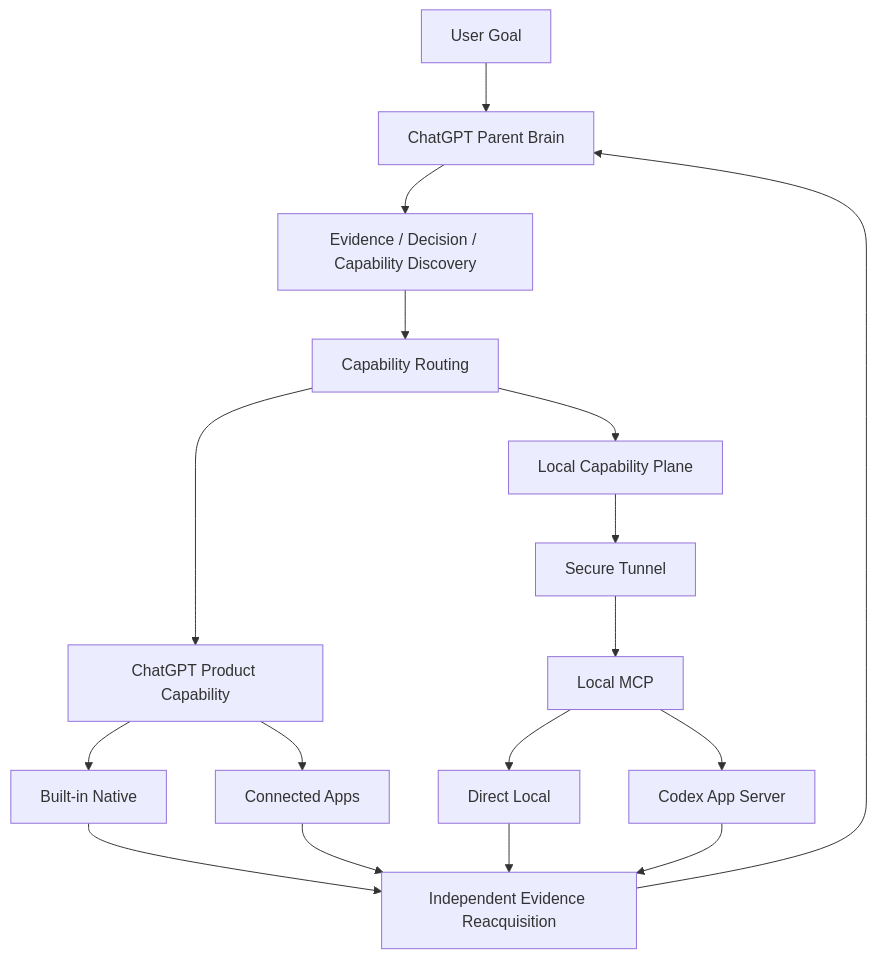
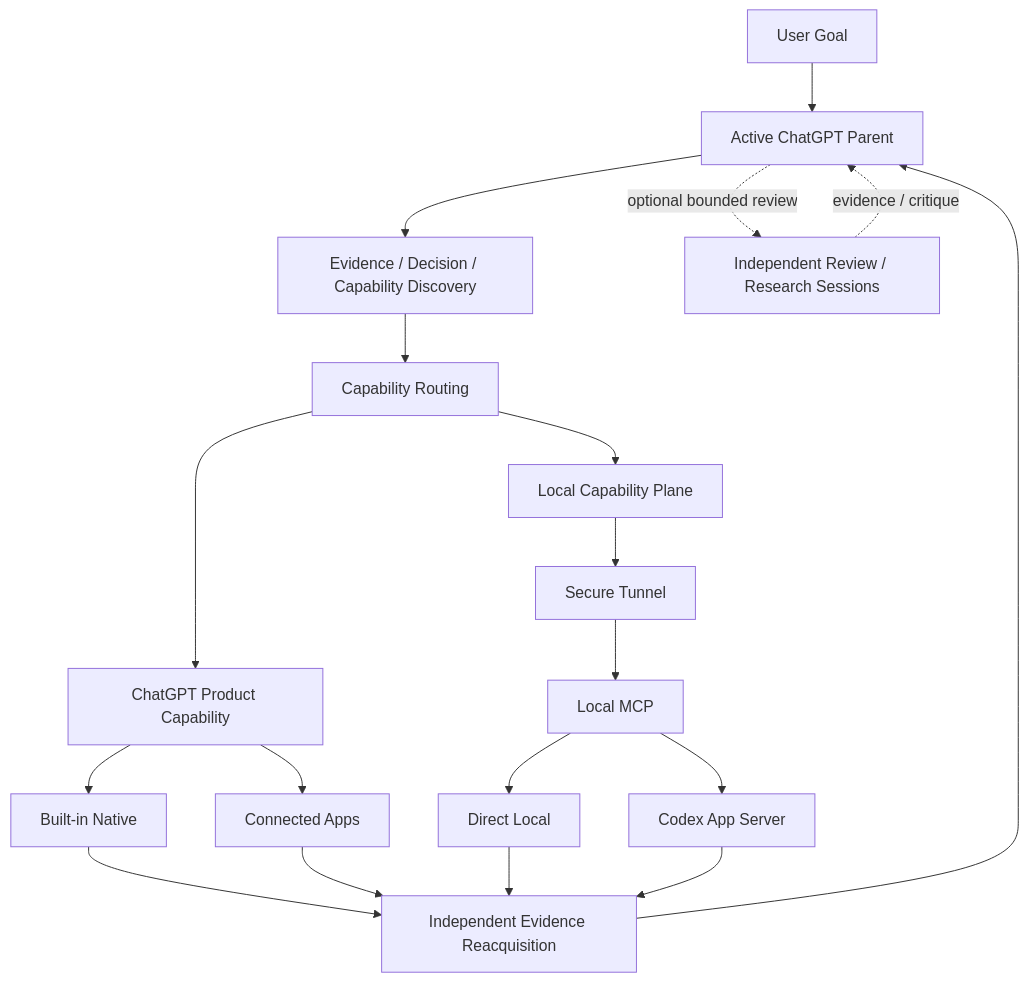
One commit to SIMON-WORLD/chatgpt-codex-orchestrator changed the diagram in docs/architecture.md. Above: the diagram before and after it, drawn with Mermaid. The commit also changed other lines of this file, not shown here.

Commit message:
docs: align architecture with active Parent authority

````diff
--- a/docs/architecture.md
+++ b/docs/architecture.md
@@ -39,22 +57,25 @@
 ```mermaid
 flowchart TD
-    U[User Goal] --> B[ChatGPT Parent Brain]
+    U[User Goal] --> B[Active ChatGPT Parent]
     B --> E[Evidence / Decision / Capability Discovery]
     E --> R[Capability Routing]
+
+    B -. optional bounded review .-> Q[Independent Review / Research Sessions]
+    Q -. evidence / critique .-> B
 
     R --> P[ChatGPT Product Capability]
     P --> N[Built-in Native]
     P --> A[Connected Apps]
 
     R --> L[Local Capability Plane]
     L --> T[Secure Tunnel]
     T --> M[Local MCP]
     M --> D[Direct Local]
     M --> C[Codex App Server]
 
     N --> V[Independent Evidence Reacquisition]
     A --> V
     D --> V
     C --> V
     V --> B
 ```
````
